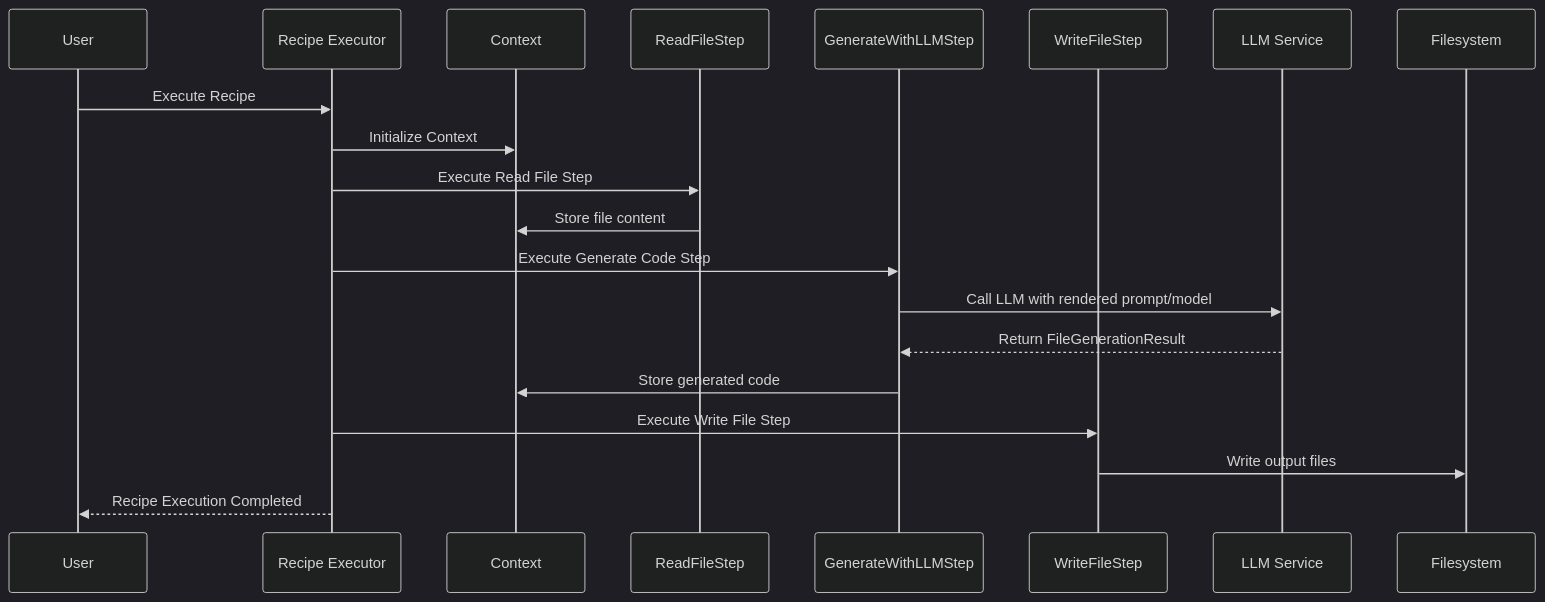
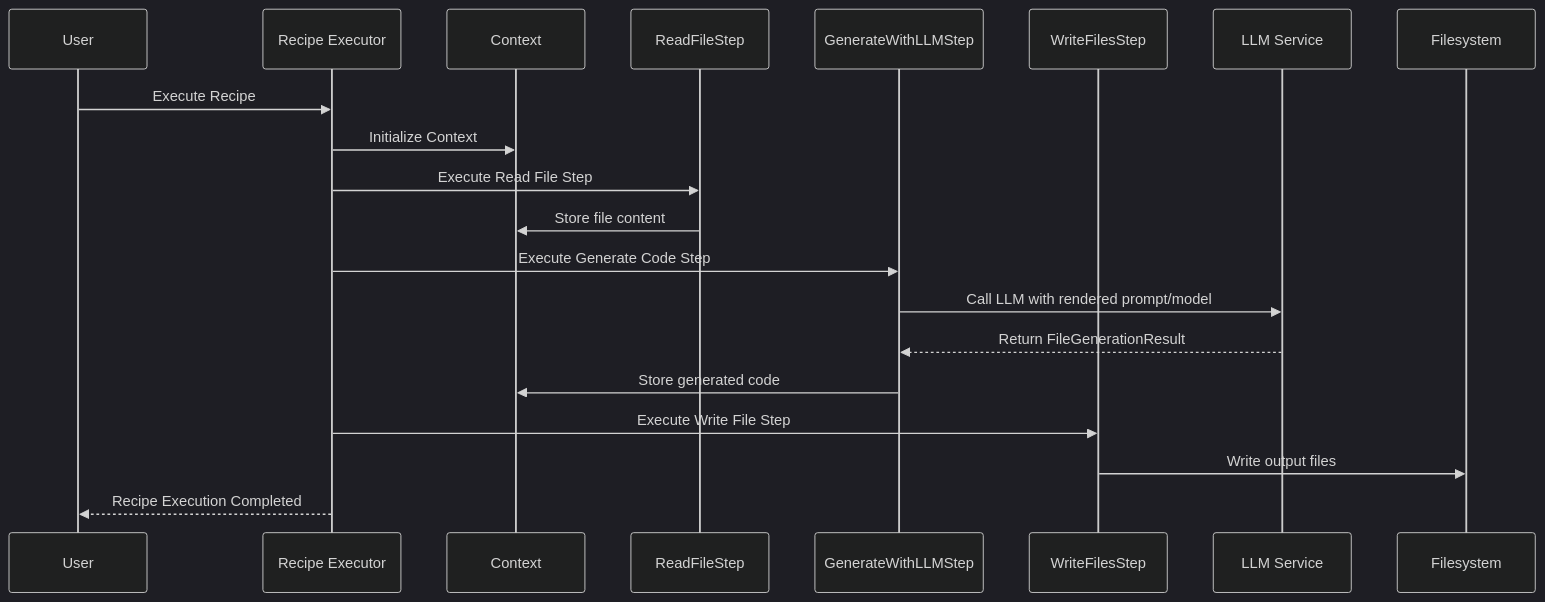
One commit to robotdad/recipe-tool changed the third of 5 diagrams in docs/diagrams.md. Above: the diagram before and after it, drawn with Mermaid (dark theme). The commit also changed 120 other files, not shown here.

````diff
--- a/docs/diagrams.md
+++ b/docs/diagrams.md
@@ -116,22 +116,22 @@
 ```mermaid
 sequenceDiagram
     participant U as User
     participant RE as Recipe Executor
     participant Ctx as Context
     participant RFS as ReadFileStep
     participant GLL as GenerateWithLLMStep
-    participant WFS as WriteFileStep
+    participant WFS as WriteFilesStep
     participant LLM as LLM Service
 
     U->>RE: Execute Recipe
     RE->>Ctx: Initialize Context
     RE->>RFS: Execute Read File Step
     RFS->>Ctx: Store file content
     RE->>GLL: Execute Generate Code Step
     GLL->>LLM: Call LLM with rendered prompt/model
     LLM-->>GLL: Return FileGenerationResult
     GLL->>Ctx: Store generated code
     RE->>WFS: Execute Write File Step
     WFS->>Filesystem: Write output files
     RE-->>U: Recipe Execution Completed
 ```
````
